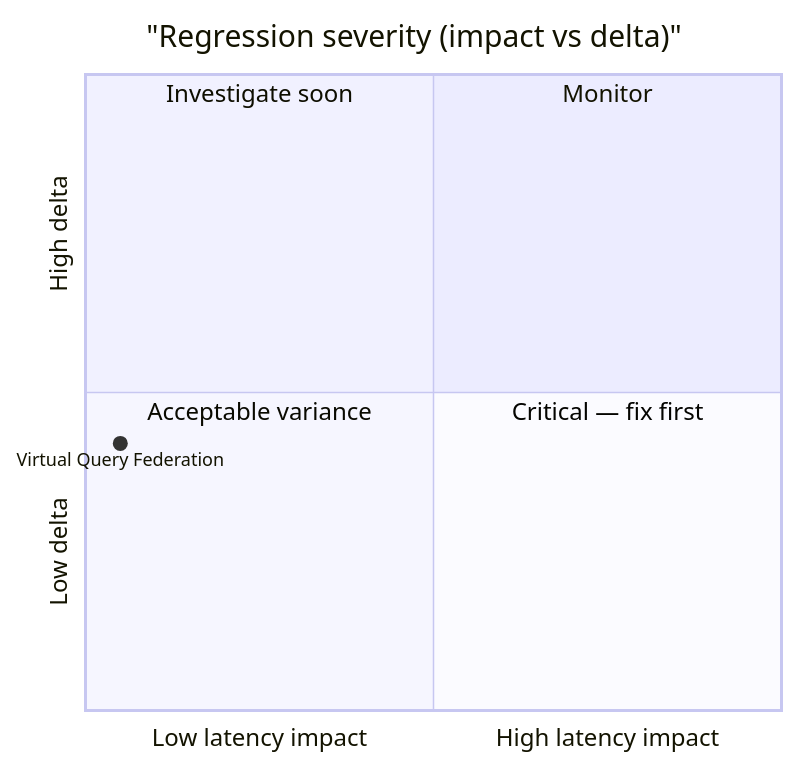
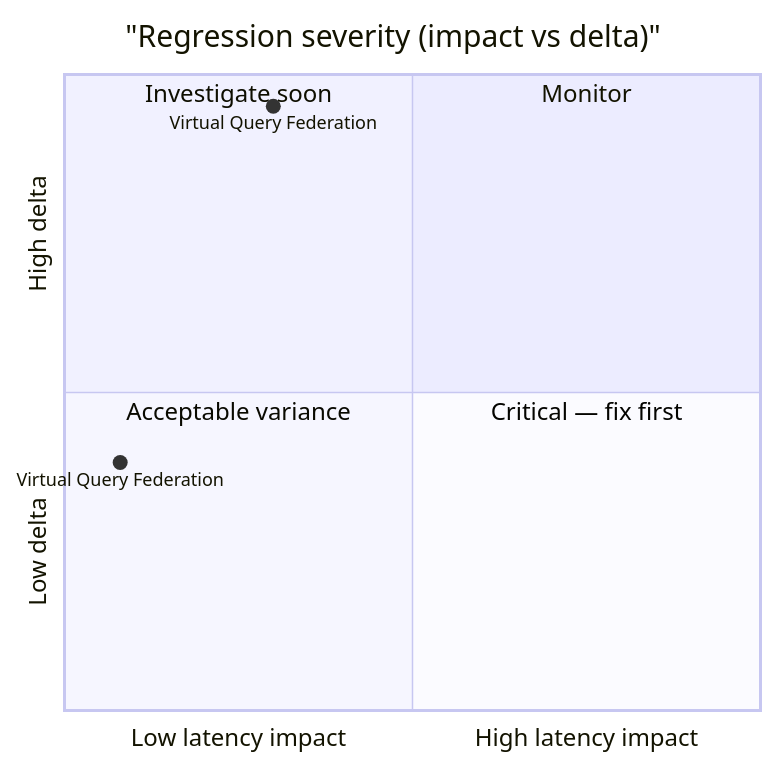
One commit to SveltyCMS/SveltyCMS changed the second of 2 diagrams in docs/project/benchmarks/benchmark_sqlite.mdx. Above: the diagram before and after it, drawn with Mermaid. The commit also changed other lines of this file and 78 other files, not shown here.

````diff
--- a/docs/project/benchmarks/benchmark_sqlite.mdx
+++ b/docs/project/benchmarks/benchmark_sqlite.mdx
@@ -96,11 +96,12 @@
 ```mermaid
 quadrantChart
   title "Regression severity (impact vs delta)"
   x-axis Low latency impact --> High latency impact
   y-axis Low delta --> High delta
   quadrant-1 Monitor
   quadrant-2 Investigate soon
   quadrant-3 Acceptable variance
   quadrant-4 Critical — fix first
-    Virtual Query Federation: [0.05, 0.42]
+    Virtual Query Federation: [0.30, 0.95]
+    Virtual Query Federation: [0.08, 0.39]
 ```
````
